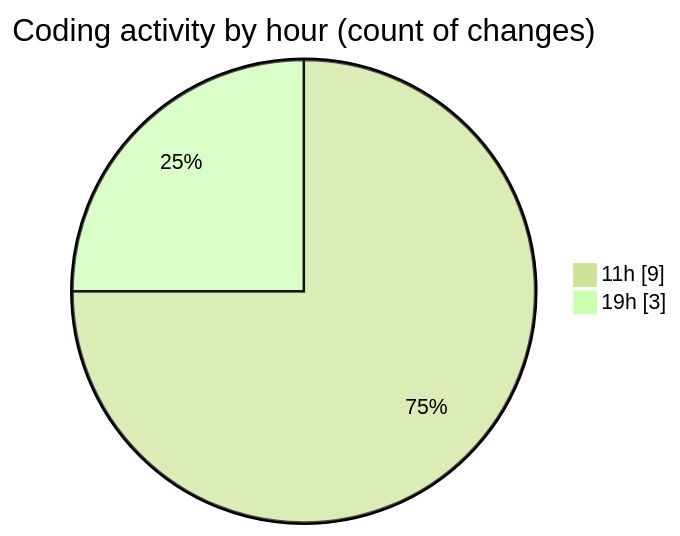
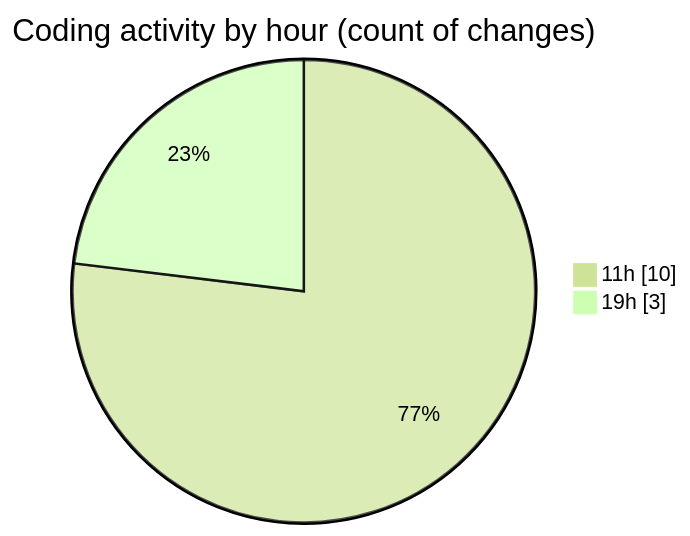
One commit to nxtqubesakshisongat/code-tracking changed the second of 2 diagrams in 2025-12-14/nxtqube_webapp/README.md. Above: the diagram before and after it, drawn with Mermaid (forest theme). The commit also changed other lines of this file and 1 other file, not shown here.

````diff
--- a/2025-12-14/nxtqube_webapp/README.md
+++ b/2025-12-14/nxtqube_webapp/README.md
@@ -31,6 +31,6 @@
 ```mermaid
 pie showData
 title Coding activity by hour (count of changes)
-"11h" : 9
+"11h" : 10
 "19h" : 3
 ```
````
